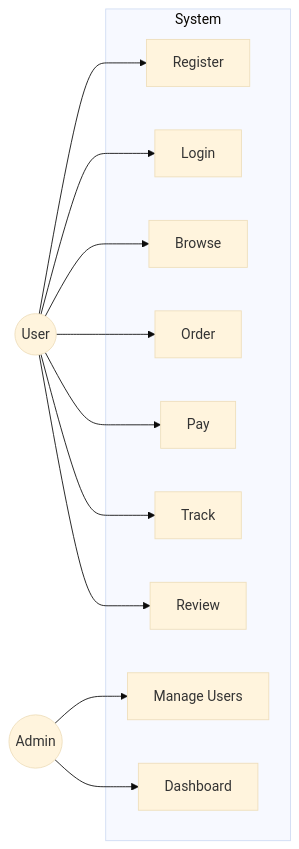
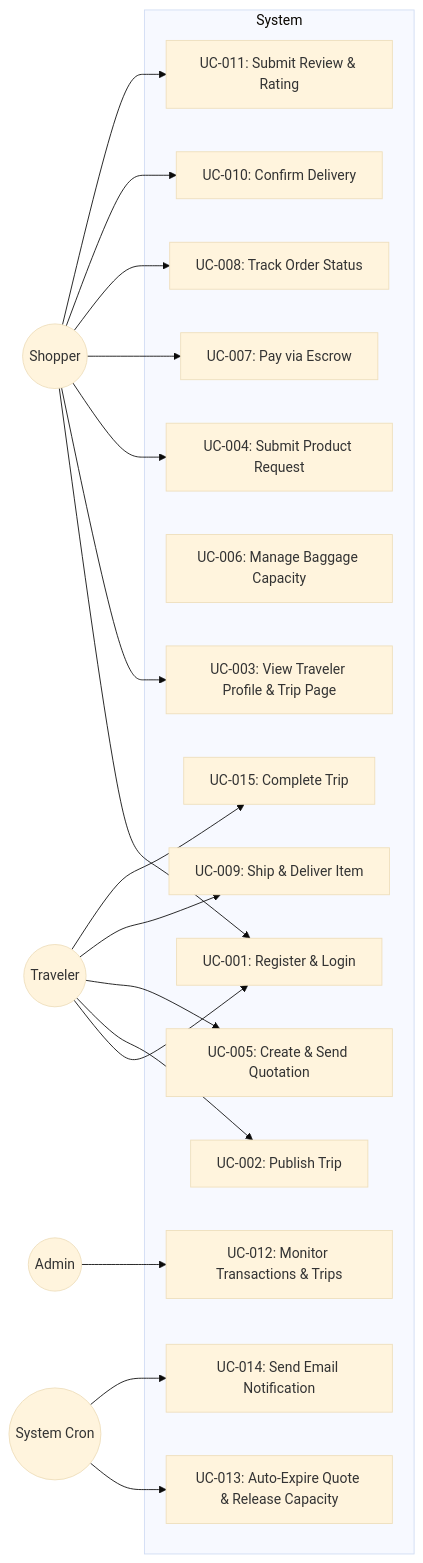
Before and after one commit to JUNCASUNDRA/mytrip-mytitipan: the diagram in docs/02-product/use-cases/README.md, drawn with Mermaid (base theme). The commit also changed other lines of this file and 7 other files, not shown here.

````diff
--- a/docs/02-product/use-cases/README.md
+++ b/docs/02-product/use-cases/README.md
@@ -19,24 +11,39 @@
 ```mermaid
 graph LR
     subgraph System
-        UC1[Register]
-        UC2[Login]
-        UC3[Browse]
-        UC4[Order]
-        UC5[Pay]
-        UC6[Track]
-        UC7[Review]
-        UC8[Manage Users]
-        UC9[Dashboard]
+        UC001[UC-001: Register & Login]
+        UC002[UC-002: Publish Trip]
+        UC003[UC-003: View Traveler Profile & Trip Page]
+        UC004[UC-004: Submit Product Request]
+        UC005[UC-005: Create & Send Quotation]
+        UC006[UC-006: Manage Baggage Capacity]
+        UC007[UC-007: Pay via Escrow]
+        UC008[UC-008: Track Order Status]
+        UC009[UC-009: Ship & Deliver Item]
+        UC010[UC-010: Confirm Delivery]
+        UC011[UC-011: Submit Review & Rating]
+        UC012[UC-012: Monitor Transactions & Trips]
+        UC013[UC-013: Auto-Expire Quote & Release Capacity]
+        UC014[UC-014: Send Email Notification]
+        UC015[UC-015: Complete Trip]
     end
 
-    User((User)) --> UC1
-    User --> UC2
-    User --> UC3
-    User --> UC4
-    User --> UC5
-    User --> UC6
-    User --> UC7
-    Admin((Admin)) --> UC8
-    Admin --> UC9
+    Traveler((Traveler)) --> UC001
+    Traveler --> UC002
+    Traveler --> UC005
+    Traveler --> UC009
+    Traveler --> UC015
+
+    Shopper((Shopper)) --> UC001
+    Shopper --> UC003
+    Shopper --> UC004
+    Shopper --> UC007
+    Shopper --> UC008
+    Shopper --> UC010
+    Shopper --> UC011
+
+    Admin((Admin)) --> UC012
+
+    SystemCron((System Cron)) --> UC013
+    SystemCron --> UC014
 ```
````
